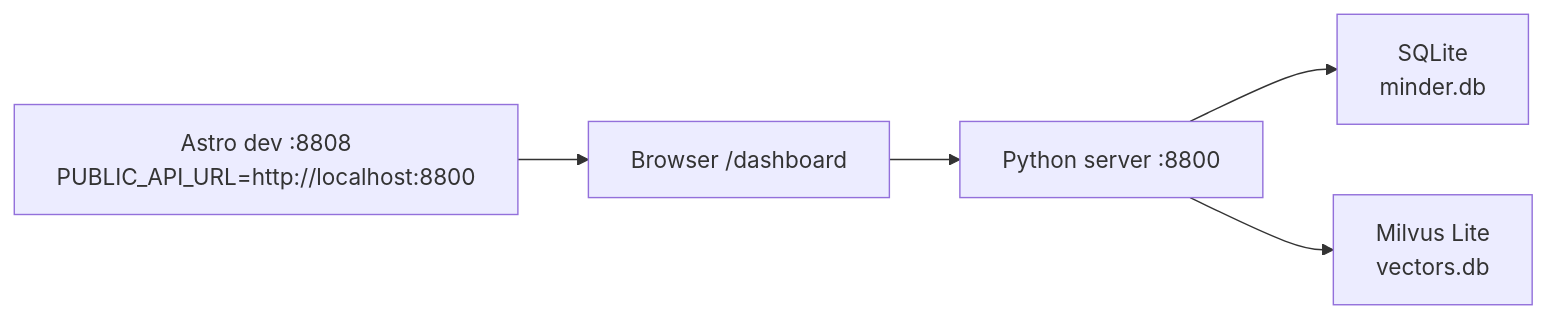
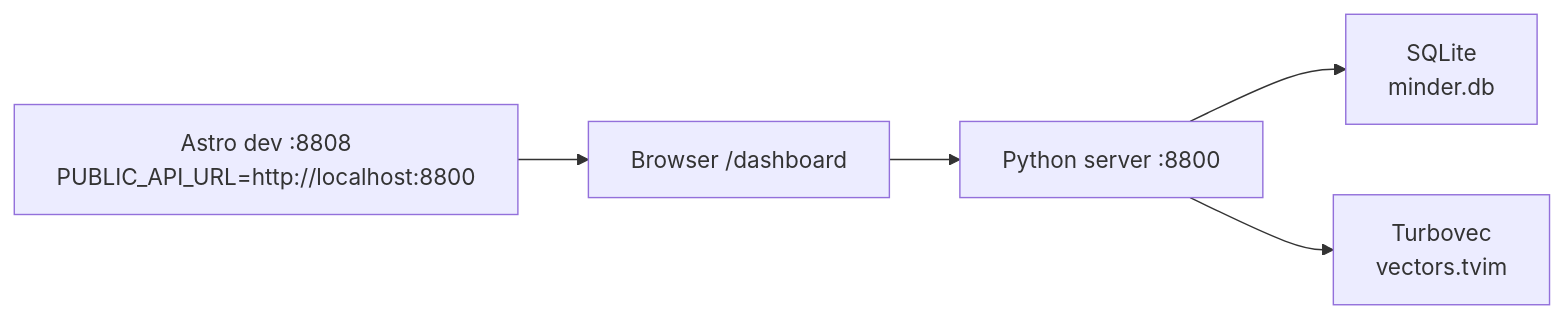
The third of 8 diagrams in docs/architecture/system-design.md (hiimtrung/minder), drawn with Mermaid before and after one commit. The commit also changed other lines of this file and 7 other files, not shown here.

Commit message:
chore: replace Milvus Lite with Turbovec as the default embedded vector database in documentation and configuration

````diff
--- a/docs/architecture/system-design.md
+++ b/docs/architecture/system-design.md
@@ -100,7 +100,7 @@
 ```mermaid
 flowchart LR
     AstroDev["Astro dev :8808\nPUBLIC_API_URL=http://localhost:8800"] --> Browser["Browser /dashboard"]
     Browser --> Backend["Python server :8800"]
     Backend --> SQLite["SQLite\nminder.db"]
-    Backend --> Milvus["Milvus Lite\nvectors.db"]
+    Backend --> Turbovec["Turbovec\nvectors.tvim"]
 ```
````
